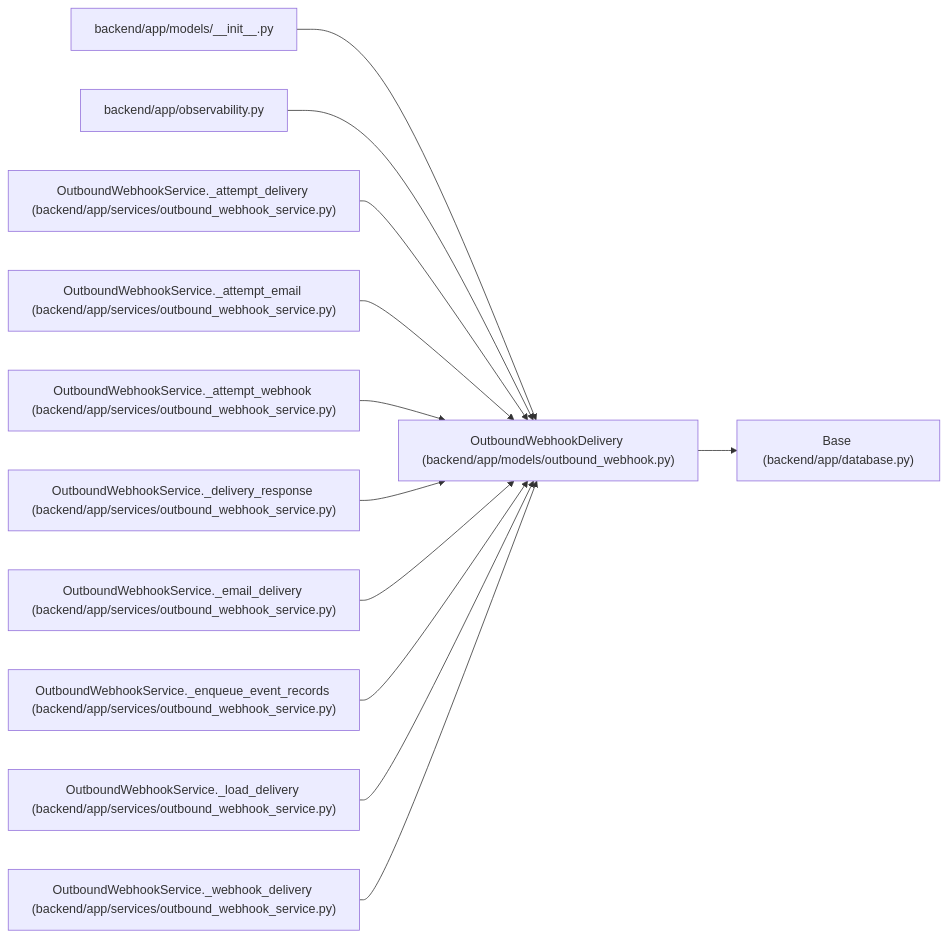
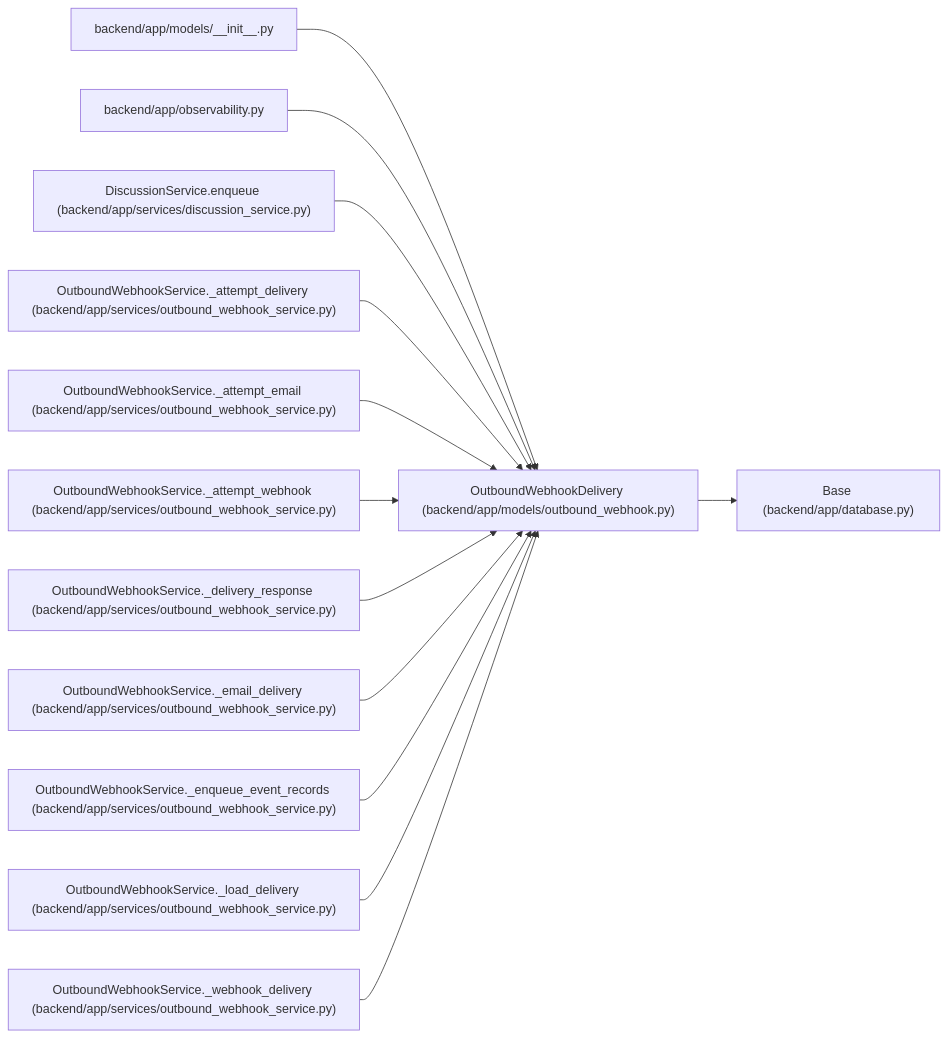
Before and after one commit to Denissvgn/WorkChord: the diagram in docs/llm_wiki/entities/models_outbound_webhook_OutboundWebhookDelivery.md, drawn with Mermaid. The commit also changed other lines of this file and 1888 other files, not shown here.

````diff
--- a/docs/llm_wiki/entities/models_outbound_webhook_OutboundWebhookDelivery.md
+++ b/docs/llm_wiki/entities/models_outbound_webhook_OutboundWebhookDelivery.md
@@ -47,38 +47,41 @@
 ```mermaid
 flowchart LR
     n0["OutboundWebhookDelivery (backend/app/models/outbound_webhook.py)"]
     n1["Base (backend/app/database.py)"]
     n2["backend/app/models/__init__.py"]
     n3["backend/app/observability.py"]
-    n4["OutboundWebhookService._attempt_delivery (backend/app/services/outbound_webhook_service.py)"]
-    n5["OutboundWebhookService._attempt_email (backend/app/services/outbound_webhook_service.py)"]
-    n6["OutboundWebhookService._attempt_webhook (backend/app/services/outbound_webhook_service.py)"]
-    n7["OutboundWebhookService._delivery_response (backend/app/services/outbound_webhook_service.py)"]
-    n8["OutboundWebhookService._email_delivery (backend/app/services/outbound_webhook_service.py)"]
-    n9["OutboundWebhookService._enqueue_event_records (backend/app/services/outbound_webhook_service.py)"]
-    n10["OutboundWebhookService._load_delivery (backend/app/services/outbound_webhook_service.py)"]
-    n11["OutboundWebhookService._webhook_delivery (backend/app/services/outbound_webhook_service.py)"]
+    n4["DiscussionService.enqueue (backend/app/services/discussion_service.py)"]
+    n5["OutboundWebhookService._attempt_delivery (backend/app/services/outbound_webhook_service.py)"]
+    n6["OutboundWebhookService._attempt_email (backend/app/services/outbound_webhook_service.py)"]
+    n7["OutboundWebhookService._attempt_webhook (backend/app/services/outbound_webhook_service.py)"]
+    n8["OutboundWebhookService._delivery_response (backend/app/services/outbound_webhook_service.py)"]
+    n9["OutboundWebhookService._email_delivery (backend/app/services/outbound_webhook_service.py)"]
+    n10["OutboundWebhookService._enqueue_event_records (backend/app/services/outbound_webhook_service.py)"]
+    n11["OutboundWebhookService._load_delivery (backend/app/services/outbound_webhook_service.py)"]
+    n12["OutboundWebhookService._webhook_delivery (backend/app/services/outbound_webhook_service.py)"]
     n0 --> n1
     n2 --> n0
     n3 --> n0
     n4 --> n0
     n5 --> n0
     n6 --> n0
     n7 --> n0
     n8 --> n0
     n9 --> n0
     n10 --> n0
     n11 --> n0
+    n12 --> n0
     click n0 "../modules/models_outbound_webhook.md"
     click n1 "../modules/app_database.md"
     click n2 "../modules/models___init__.md"
     click n3 "../modules/observability.md"
-    click n4 "../modules/outbound_webhook_service.md"
+    click n4 "../modules/discussion_service.md"
     click n5 "../modules/outbound_webhook_service.md"
     click n6 "../modules/outbound_webhook_service.md"
     click n7 "../modules/outbound_webhook_service.md"
     click n8 "../modules/outbound_webhook_service.md"
     click n9 "../modules/outbound_webhook_service.md"
     click n10 "../modules/outbound_webhook_service.md"
     click n11 "../modules/outbound_webhook_service.md"
+    click n12 "../modules/outbound_webhook_service.md"
 ```
````
